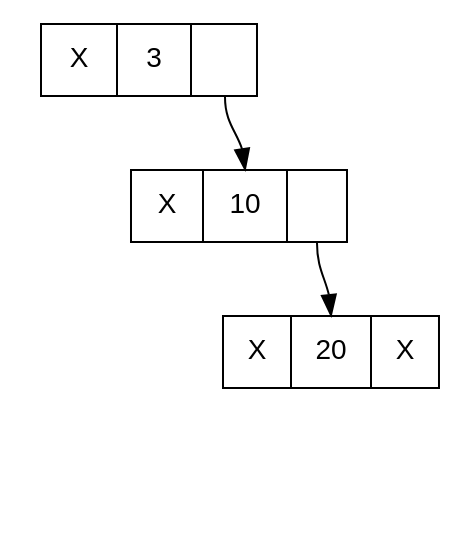
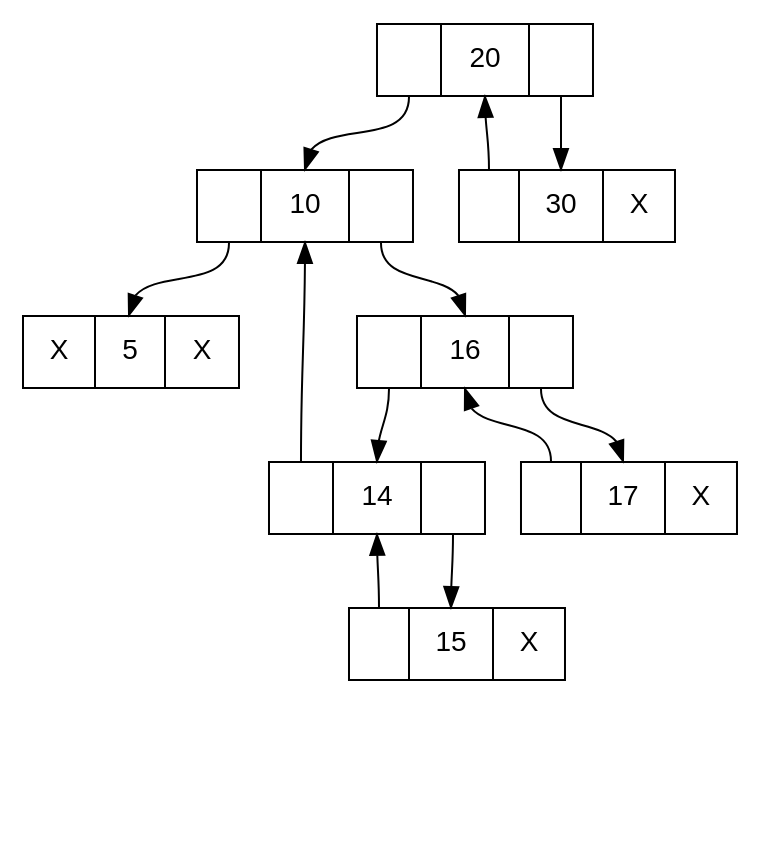
The diagram in diagram.dot (radwanCS/Data-Structure-Visualization-with-Graphviz), drawn with Graphviz before and after one commit. The commit also changed 9 other files, not shown here.

Commit message:
finished the left threaded tree insertion and printing with graphviz

```diff
--- a/diagram.dot
+++ b/diagram.dot
@@ -1,16 +1,40 @@
-digraph RTBT{
+digraph LTBT{
 	node [fontname="Arial", shape=record, height=0.5, width=1.5];
-	3 [label="<left> X|<data> 3 |<right> "];
-	10 [label="<left> X|<data> 10 |<right> "];
-	20 [label="<left> X|<data> 20 |<right> X"];
+	20 [label="<left> |<data> 20 |<right> "];
+	10 [label="<left> |<data> 10 |<right> "];
+	30 [label="<left> |<data> 30 |<right> X"];
+	5 [label="<left> X|<data> 5 |<right> X"];
+	16 [label="<left> |<data> 16 |<right> "];
+	20 [label="<left> |<data> 20 |<right> "];
+	14 [label="<left> |<data> 14 |<right> "];
+	17 [label="<left> |<data> 17 |<right> X"];
+	10 [label="<left> |<data> 10 |<right> "];
+	30 [label="<left> |<data> 30 |<right> X"];
+	10 [label="<left> |<data> 10 |<right> "];
+	15 [label="<left> |<data> 15 |<right> X"];
+	16 [label="<left> |<data> 16 |<right> "];
+	5 [label="<left> X|<data> 5 |<right> X"];
+	16 [label="<left> |<data> 16 |<right> "];
+	20 [label="<left> |<data> 20 |<right> "];
+	20:left -> 10:data;
+	20:right -> 30:data;
+	10:left -> 5:data;
+	10:right -> 16:data;
 	NULL1 [shape=point style=invis];
-	3:left -> NULL1 [style=invis];
-	3:right -> 10:data;
+	5:left -> NULL1 [style=invis];
 	NULL2 [shape=point style=invis];
-	10:left -> NULL2 [style=invis];
-	10:right -> 20:data;
+	5:right -> NULL2 [style=invis];
+	16:left -> 14:data;
+	16:right -> 17:data;
+	14:left -> 10:data;
+	14:right -> 15:data;
+	15:left -> 14:data;
 	NULL3 [shape=point style=invis];
-	20:left -> NULL3 [style=invis];
+	15:right -> NULL3 [style=invis];
+	17:left -> 16:data;
 	NULL4 [shape=point style=invis];
-	20:right -> NULL4 [style=invis];
+	17:right -> NULL4 [style=invis];
+	30:left -> 20:data;
+	NULL5 [shape=point style=invis];
+	30:right -> NULL5 [style=invis];
 }
```
